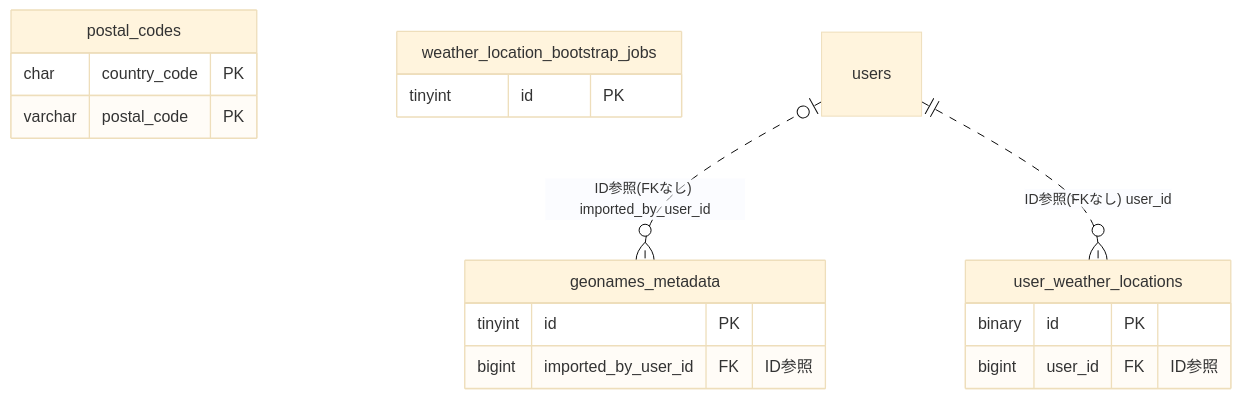
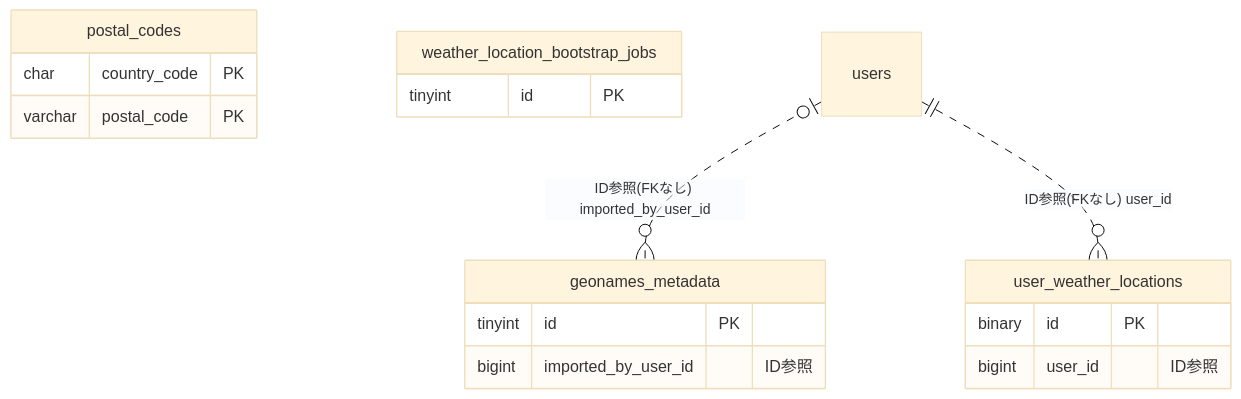
One commit to kenta-0420/mannschaft changed the diagram in docs/architecture/er/weather.md. Above: the diagram before and after it, drawn with Mermaid (base theme). The commit also changed other lines of this file and 115 other files, not shown here.

Commit message:
改善: ER図のFKマーカーを実FKのみに限定し、被参照の逆引き節とREADME凡例を追加 (PR #4268)

````diff
--- a/docs/architecture/er/weather.md
+++ b/docs/architecture/er/weather.md
@@ -12,21 +12,21 @@
 ```mermaid
 erDiagram
     geonames_metadata {
         tinyint id PK
-        bigint imported_by_user_id FK "ID参照"
+        bigint imported_by_user_id "ID参照"
     }
     postal_codes {
         char country_code PK
         varchar postal_code PK
     }
     user_weather_locations {
         binary id PK
-        bigint user_id FK "ID参照"
+        bigint user_id "ID参照"
     }
     weather_location_bootstrap_jobs {
         tinyint id PK
     }
     users
     users |o..o{ geonames_metadata : "ID参照(FKなし) imported_by_user_id"
     users ||..o{ user_weather_locations : "ID参照(FKなし) user_id"
 ```
````
